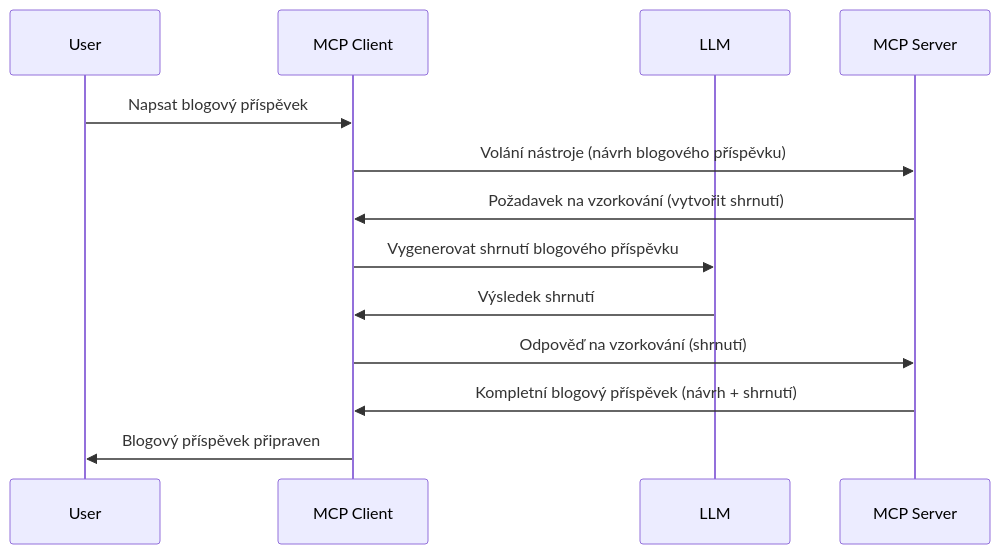
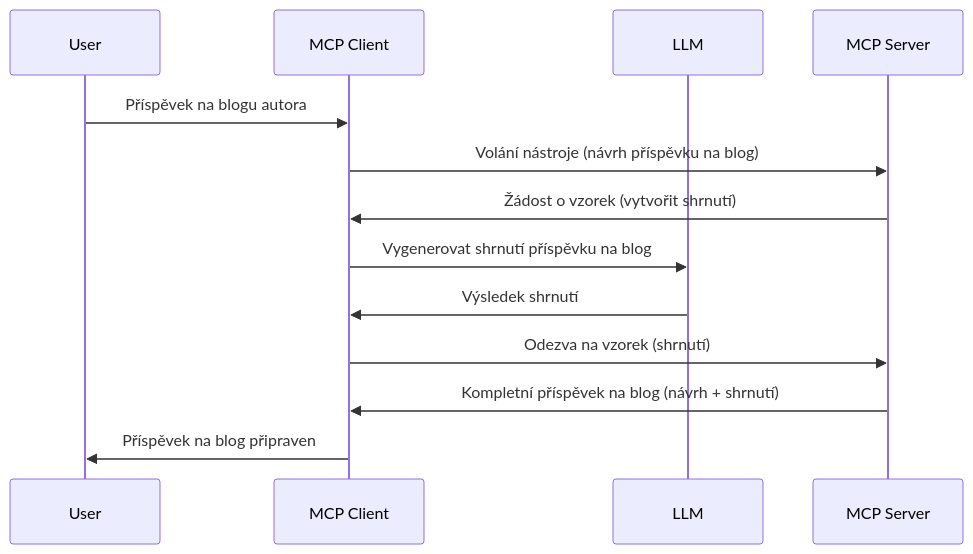
The diagram in mcp_ecosystem__model_context_protocol/mcp_learning_resources/mcp-for-beginners/translations/cs/03-GettingStarted/14-sampling/README.md (HIDORAKAI002/ai-workspace-archive), drawn with Mermaid before and after one commit. The commit also changed other lines of this file and 1046 other files, not shown here.

````diff
--- a/mcp_ecosystem__model_context_protocol/mcp_learning_resources/mcp-for-beginners/translations/cs/03-GettingStarted/14-sampling/README.md
+++ b/mcp_ecosystem__model_context_protocol/mcp_learning_resources/mcp-for-beginners/translations/cs/03-GettingStarted/14-sampling/README.md
@@ -23,16 +25,16 @@
 ```mermaid
 sequenceDiagram
     participant User
     participant MCP Client
     participant LLM
     participant MCP Server
 
-    User->>MCP Client: Napsat blogový příspěvek
-    MCP Client->>MCP Server: Volání nástroje (návrh blogového příspěvku)
-    MCP Server->>MCP Client: Požadavek na vzorkování (vytvořit shrnutí)
-    MCP Client->>LLM: Vygenerovat shrnutí blogového příspěvku
+    User->>MCP Client: Příspěvek na blogu autora
+    MCP Client->>MCP Server: Volání nástroje (návrh příspěvku na blog)
+    MCP Server->>MCP Client: Žádost o vzorek (vytvořit shrnutí)
+    MCP Client->>LLM: Vygenerovat shrnutí příspěvku na blog
     LLM->>MCP Client: Výsledek shrnutí
-    MCP Client->>MCP Server: Odpověď na vzorkování (shrnutí)
-    MCP Server->>MCP Client: Kompletní blogový příspěvek (návrh + shrnutí)
-    MCP Client->>User: Blogový příspěvek připraven
+    MCP Client->>MCP Server: Odezva na vzorek (shrnutí)
+    MCP Server->>MCP Client: Kompletní příspěvek na blog (návrh + shrnutí)
+    MCP Client->>User: Příspěvek na blog připraven
 ```
````
